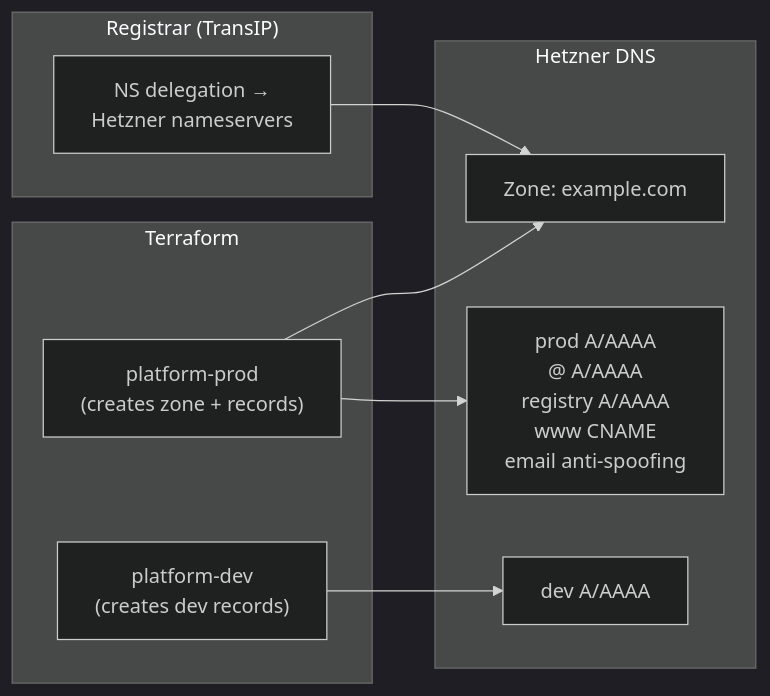
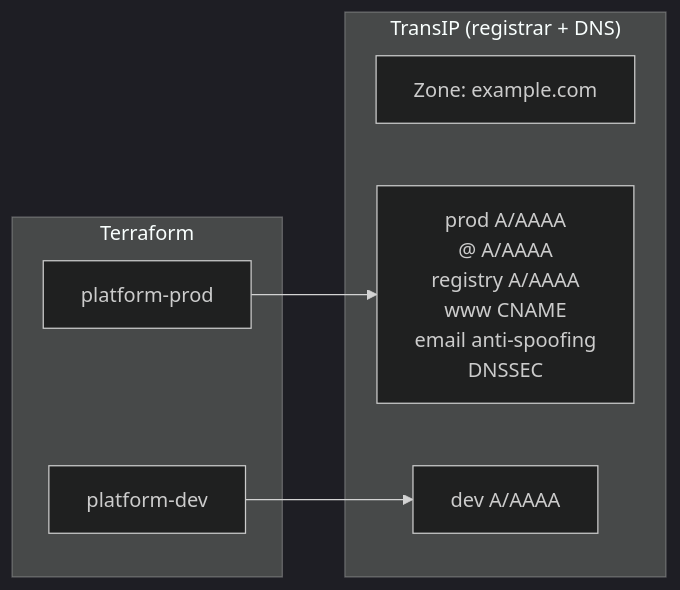
One commit to rednaw/iac changed the diagram in docs/dns.md. Above: the diagram before and after it, drawn with Mermaid (dark theme). The commit also changed other lines of this file and 8 other files, not shown here.

````diff
--- a/docs/dns.md
+++ b/docs/dns.md
@@ -16,22 +16,16 @@
 ```mermaid
 flowchart LR
-    subgraph registrar["Registrar (TransIP)"]
-        NS["NS delegation →<br/>Hetzner nameservers"]
-    end
-
-    subgraph hetzner["Hetzner DNS"]
+    subgraph transip["TransIP (registrar + DNS)"]
         ZONE["Zone: example.com"]
-        PROD_REC["prod A/AAAA<br/>@ A/AAAA<br/>registry A/AAAA<br/>www CNAME<br/>email anti-spoofing"]
+        PROD_REC["prod A/AAAA<br/>@ A/AAAA<br/>registry A/AAAA<br/>www CNAME<br/>email anti-spoofing<br/>DNSSEC"]
         DEV_REC["dev A/AAAA"]
     end
 
     subgraph terraform["Terraform"]
-        PROD_WS["platform-prod<br/>(creates zone + records)"]
-        DEV_WS["platform-dev<br/>(creates dev records)"]
+        PROD_WS["platform-prod"]
+        DEV_WS["platform-dev"]
     end
 
-    NS --> ZONE
-    PROD_WS --> ZONE
     PROD_WS --> PROD_REC
     DEV_WS --> DEV_REC
 ```
````
